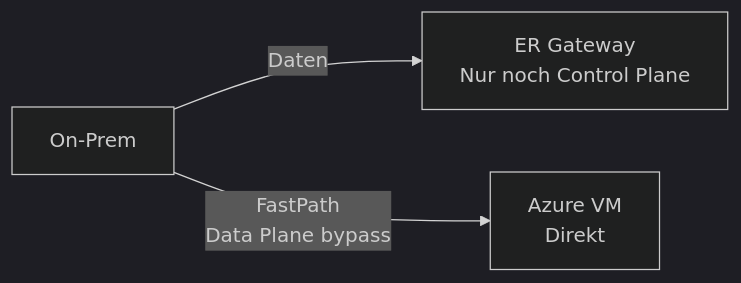
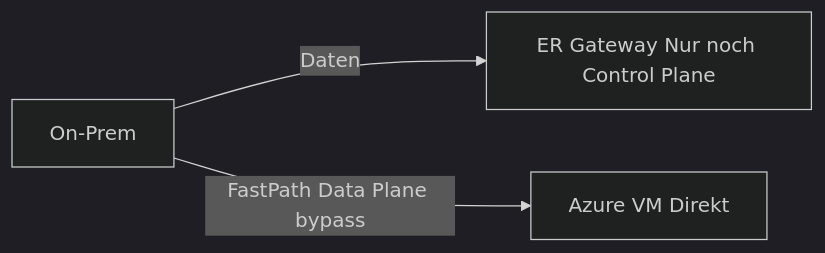
One commit to SoniiiT/notes-n-docs changed diagram 11 of 13 in Microsoft 365/Azure/Netzwerk/Azure ExpressRoute.md. Above: the diagram before and after it, drawn with Mermaid (dark theme). The commit also changed other lines of this file and 124 other files, not shown here.

First line of the commit message:
fix: Entferne \n aus allen Mermaid-Diagrammen (125 Dateien)

````diff
--- a/Microsoft 365/Azure/Netzwerk/Azure ExpressRoute.md
+++ b/Microsoft 365/Azure/Netzwerk/Azure ExpressRoute.md
@@ -257,5 +257,5 @@
 ```mermaid
 graph LR
-    ONPREM[On-Prem] -->|Daten| ERGW[ER Gateway\nNur noch Control Plane]
-    ONPREM -->|FastPath\nData Plane bypass| VM[Azure VM\nDirekt]
+    ONPREM[On-Prem] -->|Daten| ERGW[ER Gateway Nur noch Control Plane]
+    ONPREM -->|FastPath Data Plane bypass| VM[Azure VM Direkt]
 ```
````
